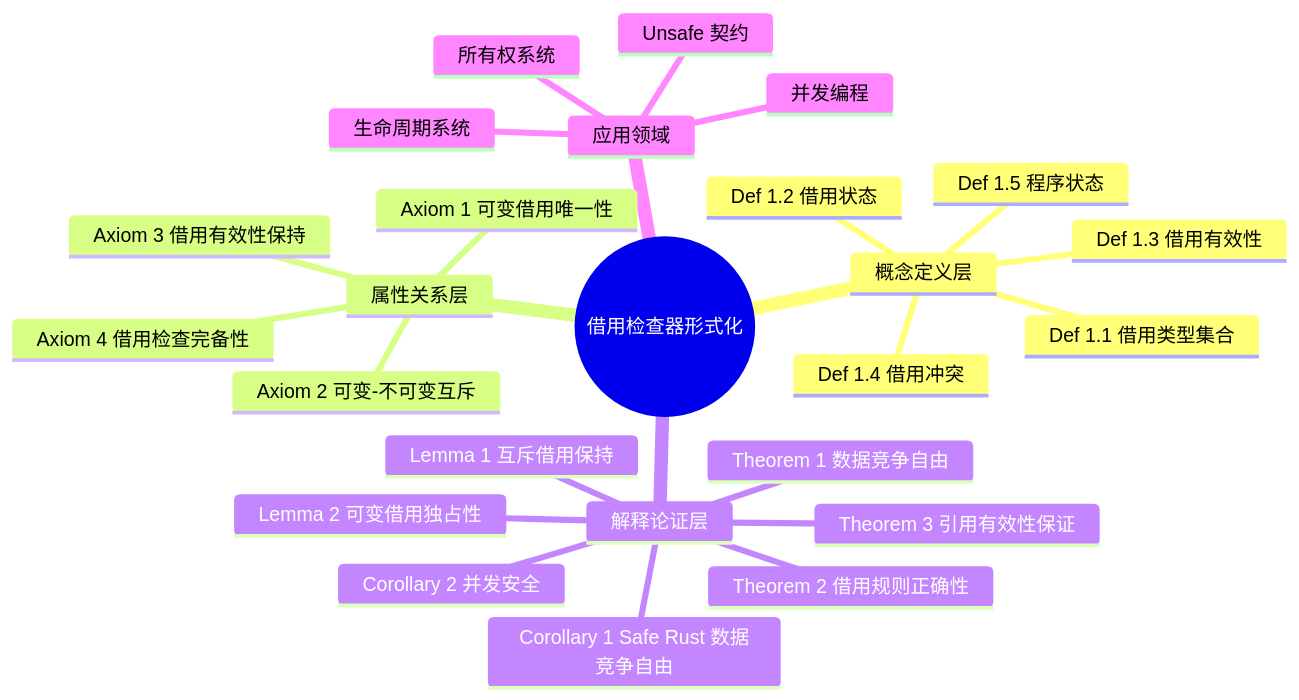
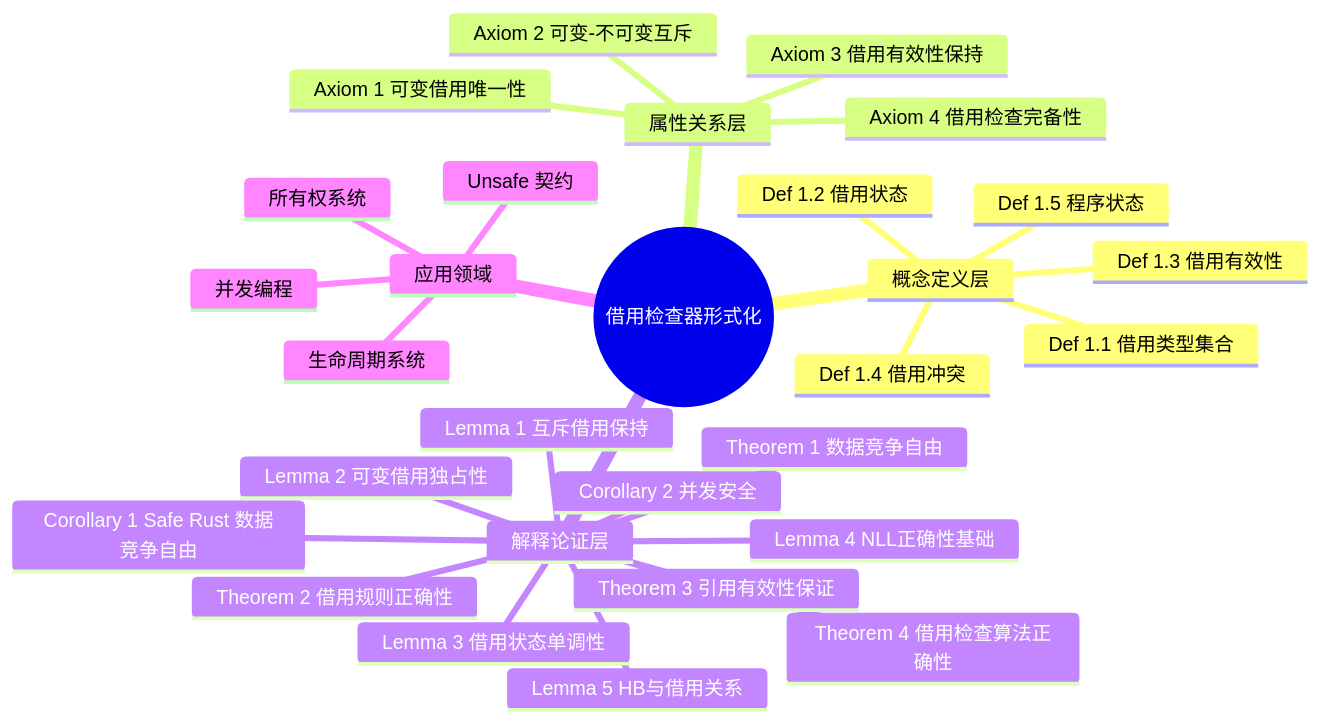
One commit to martin-ly/rust-lang changed the first of 2 diagrams in docs/research_notes/formal_methods/borrow_checker_proof.md. Above: the diagram before and after it, drawn with Mermaid. The commit also changed other lines of this file and 2 other files, not shown here.

````diff
--- a/docs/research_notes/formal_methods/borrow_checker_proof.md
+++ b/docs/research_notes/formal_methods/borrow_checker_proof.md
@@ -859,28 +1053,32 @@
 ```mermaid
 mindmap
   root((借用检查器形式化))
     概念定义层
       Def 1.1 借用类型集合
       Def 1.2 借用状态
       Def 1.3 借用有效性
       Def 1.4 借用冲突
       Def 1.5 程序状态
     属性关系层
       Axiom 1 可变借用唯一性
       Axiom 2 可变-不可变互斥
       Axiom 3 借用有效性保持
       Axiom 4 借用检查完备性
     解释论证层
       Theorem 1 数据竞争自由
       Theorem 2 借用规则正确性
       Theorem 3 引用有效性保证
+      Theorem 4 借用检查算法正确性
       Lemma 1 互斥借用保持
       Lemma 2 可变借用独占性
+      Lemma 3 借用状态单调性
+      Lemma 4 NLL正确性基础
+      Lemma 5 HB与借用关系
       Corollary 1 Safe Rust 数据竞争自由
       Corollary 2 并发安全
     应用领域
       所有权系统
       生命周期系统
       并发编程
       Unsafe 契约
 ```
````
